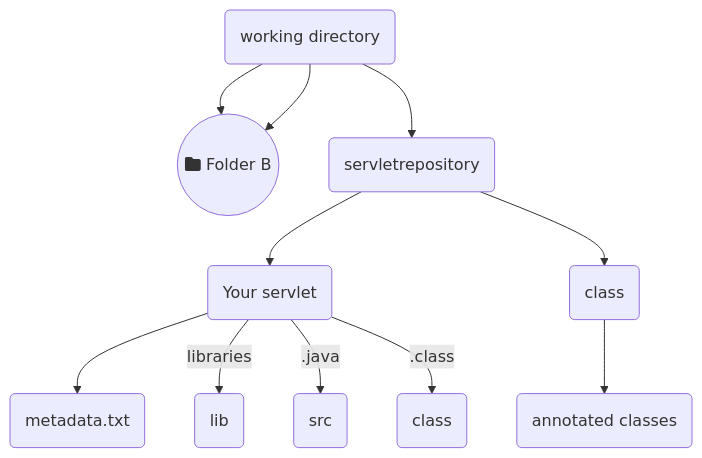
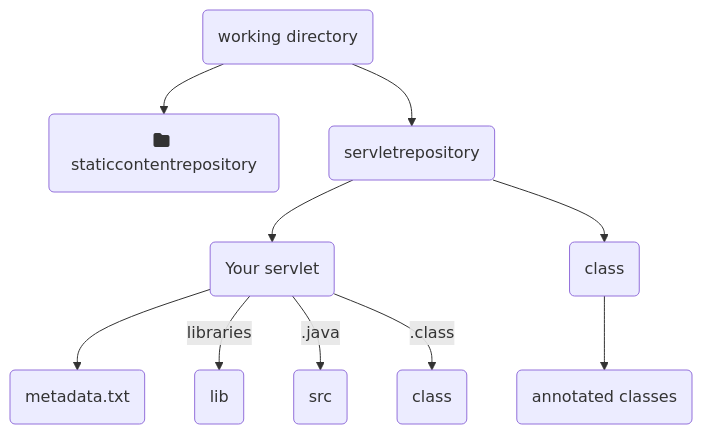
One commit to flenz00/TPBSCA changed the diagram in README.md. Above: the diagram before and after it, drawn with Mermaid.

````diff
--- a/README.md
+++ b/README.md
@@ -41,13 +41,12 @@
 ```mermaid
 graph TD;
-    A(fa:fa-ban working directory) --> B(staticcontentrepository);
-    A((<i class="fa fa-folder"></i> Folder A)) --> B((<i class="fa fa-folder"></i> Folder B));
+    A(fa:fa-folder working directory) --> B(fa:fa-folder staticcontentrepository);
     A(working directory) --> C(servletrepository);
     C(servletrepository) --> D(Your servlet);
     D(Your servlet) --> F(metadata.txt);
     D(Your servlet) --> |libraries| G(lib);
     D(Your servlet) --> |.java| H(src);
     D(Your servlet) --> |.class| I(class);
     C(servletrepository) --> L(class);
     L(class) --> M(annotated classes); 
 ```
````
